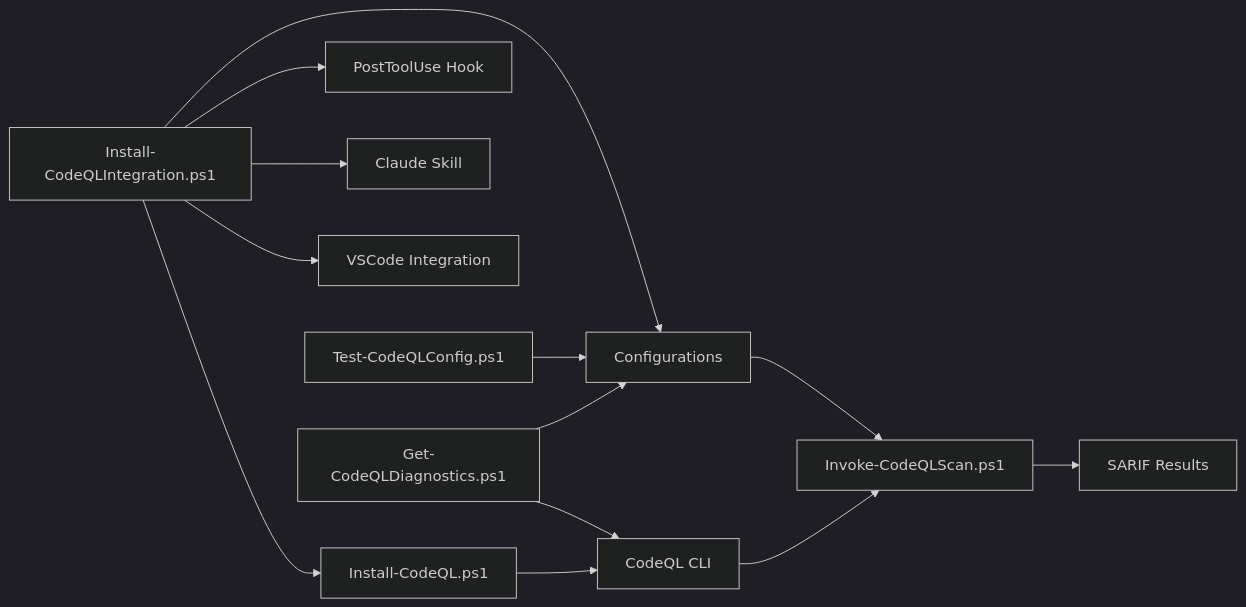
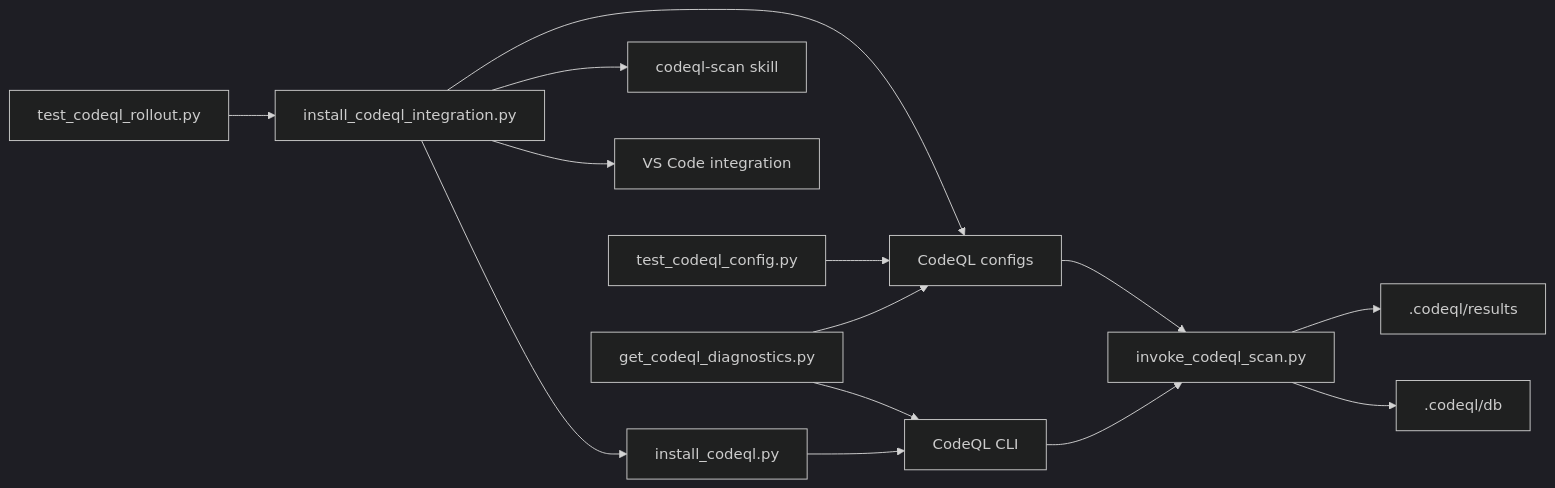
Before and after one commit to rjmurillo/ai-agents: the second of 6 diagrams in docs/codeql-architecture.md, drawn with Mermaid (dark theme). The commit also changed other lines of this file and 2 other files, not shown here.

First line of the commit message:
docs(codeql): rewrite reference docs for Python two-tier reality (#3296)

````diff
--- a/docs/codeql-architecture.md
+++ b/docs/codeql-architecture.md
@@ -56,17 +47,18 @@
 ```mermaid
 graph LR
-    A[Install-CodeQL.ps1] --> B[CodeQL CLI]
-    C[Install-CodeQLIntegration.ps1] --> A
-    C --> D[VSCode Integration]
-    C --> E[Claude Skill]
-    C --> F[PostToolUse Hook]
-    C --> G[Configurations]
+    Installer[install_codeql.py] --> CLI[CodeQL CLI]
+    Integration[install_codeql_integration.py] --> Installer
+    Integration --> VSCode[VS Code integration]
+    Integration --> Skill[codeql-scan skill]
+    Integration --> Configs[CodeQL configs]
 
-    B --> H[Invoke-CodeQLScan.ps1]
-    G --> H
-    H --> I[SARIF Results]
+    CLI --> Scan[invoke_codeql_scan.py]
+    Configs --> Scan
+    Scan --> DB[.codeql/db]
+    Scan --> SARIF[.codeql/results]
 
-    J[Test-CodeQLConfig.ps1] --> G
-    K[Get-CodeQLDiagnostics.ps1] --> B
-    K --> G
+    ConfigTest[test_codeql_config.py] --> Configs
+    Diagnostics[get_codeql_diagnostics.py] --> CLI
+    Diagnostics --> Configs
+    Rollout[test_codeql_rollout.py] --> Integration
 ```
````
